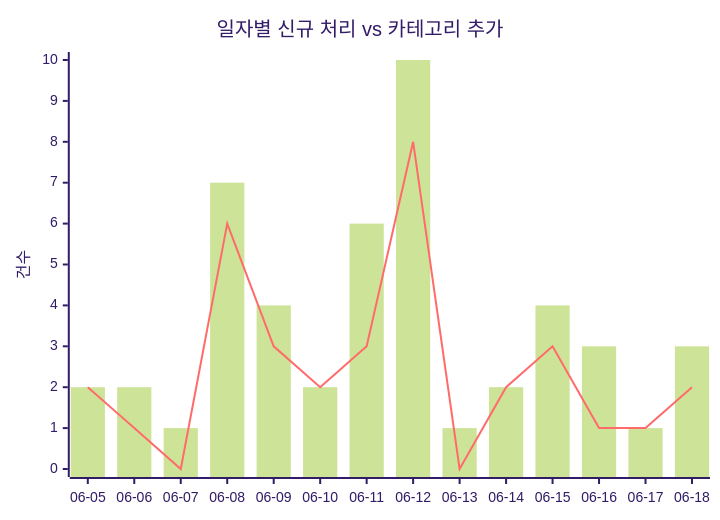
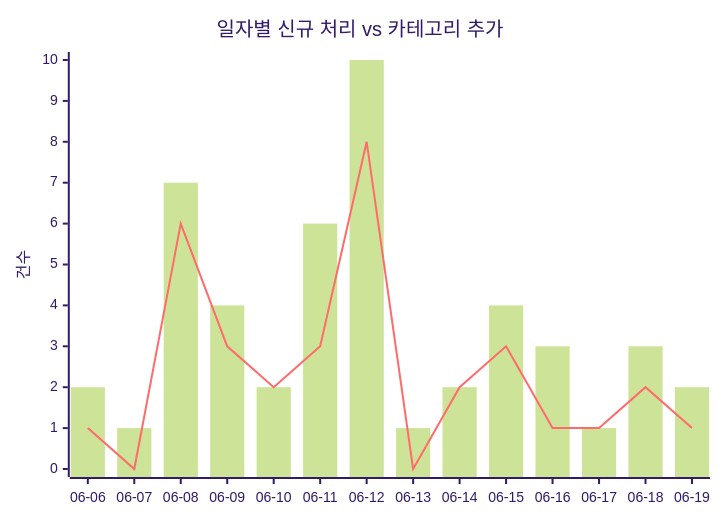
Before and after one commit to J-nowcow/awesome-korean-agent-skills: the first of 2 diagrams in docs/trends.md, drawn with Mermaid (forest theme). The commit also changed other lines of this file and 4 other files, not shown here.

````diff
--- a/docs/trends.md
+++ b/docs/trends.md
@@ -32,8 +32,8 @@
 ```mermaid
 xychart-beta
     title "일자별 신규 처리 vs 카테고리 추가"
-    x-axis ["06-05","06-06","06-07","06-08","06-09","06-10","06-11","06-12","06-13","06-14","06-15","06-16","06-17","06-18"]
+    x-axis ["06-06","06-07","06-08","06-09","06-10","06-11","06-12","06-13","06-14","06-15","06-16","06-17","06-18","06-19"]
     y-axis "건수"
-    bar [2,2,1,7,4,2,6,10,1,2,4,3,1,3]
-    line [2,1,0,6,3,2,3,8,0,2,3,1,1,2]
+    bar [2,1,7,4,2,6,10,1,2,4,3,1,3,2]
+    line [1,0,6,3,2,3,8,0,2,3,1,1,2,1]
 ```
````
